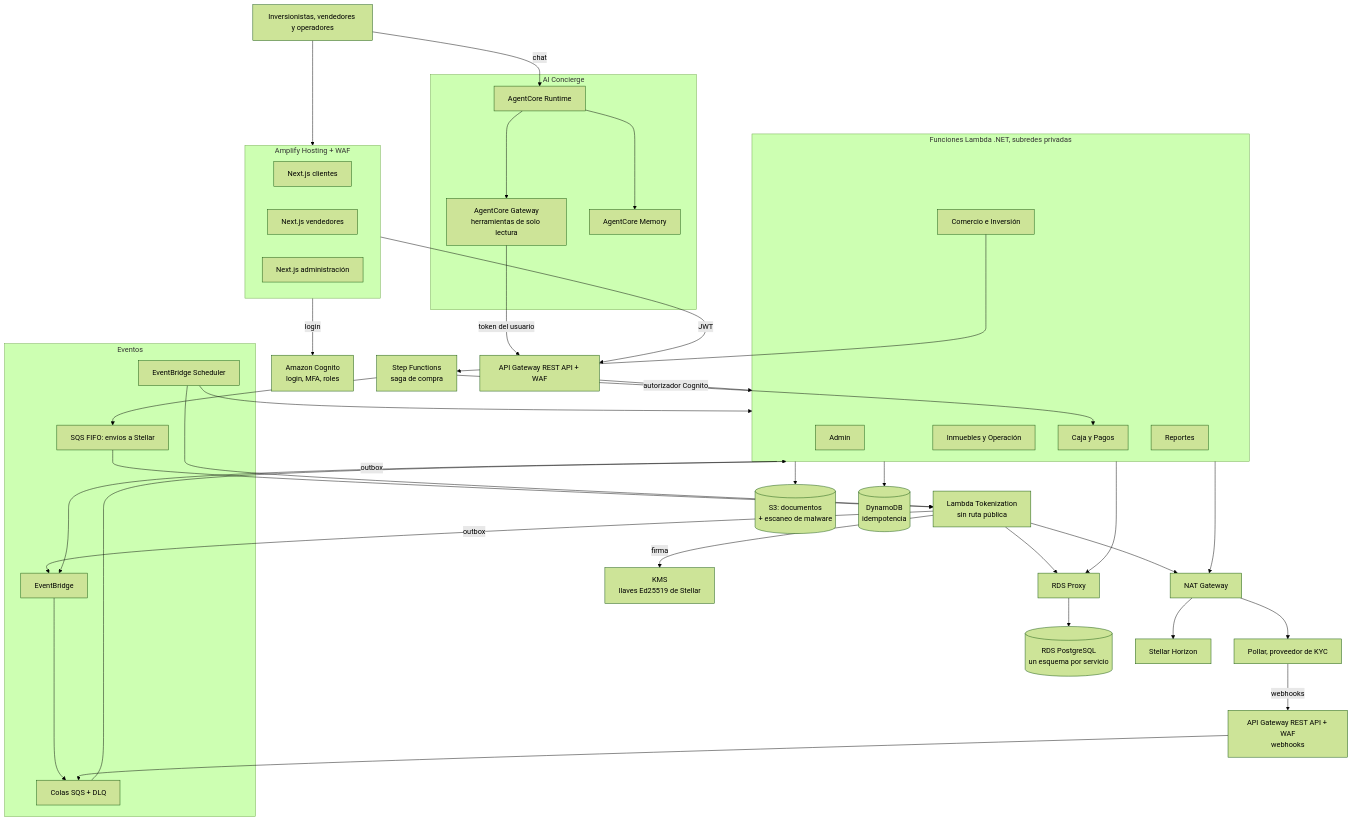
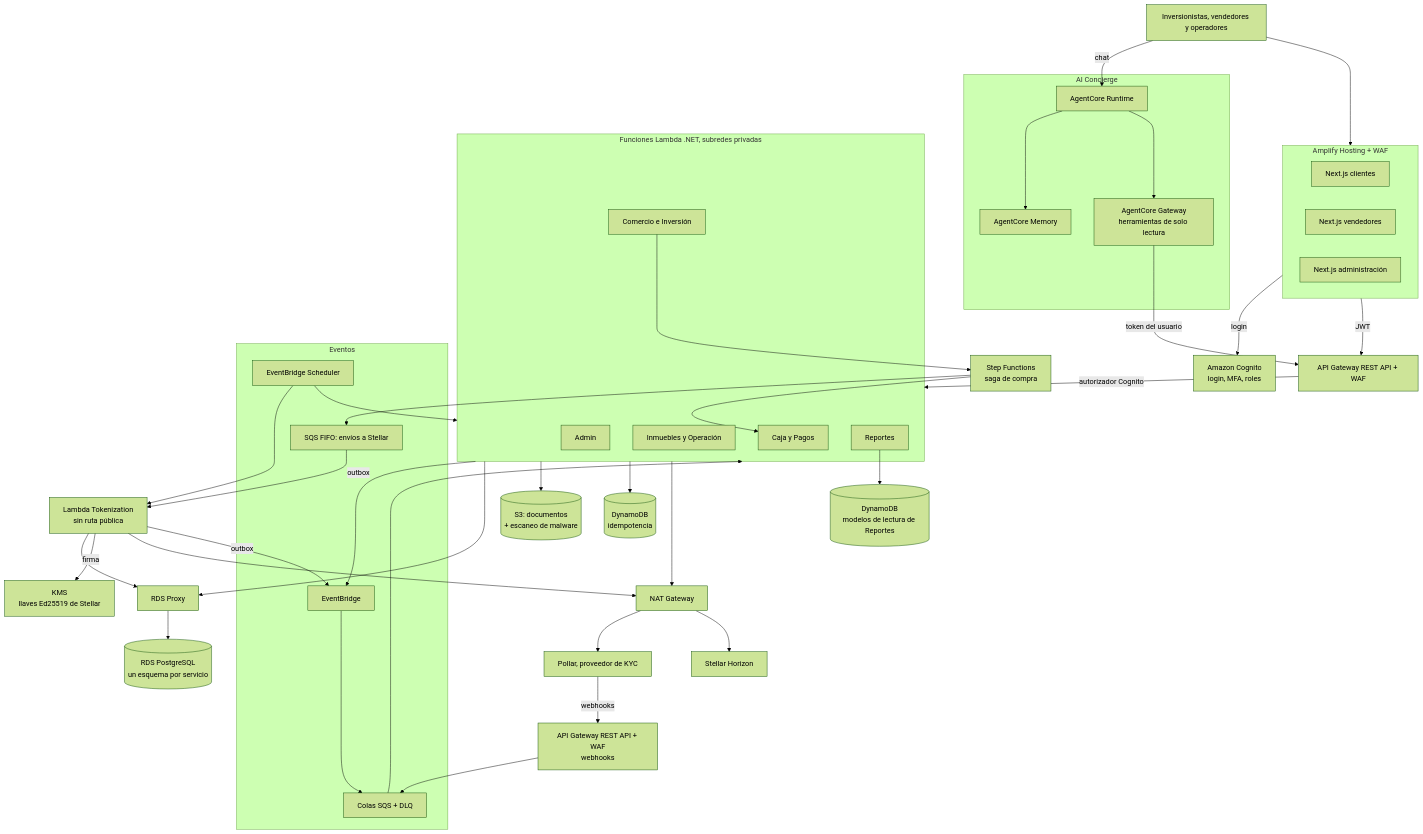
The diagram in docs/arquitectura-del-sistema.md (DiegoOrellanaUS/TokenizacionInmobiliaria), drawn with Mermaid (forest theme) before and after one commit. The commit also changed other lines of this file and 2 other files, not shown here.

Commit message:
Use DynamoDB for Reportes and add AWS architecture diagram

````diff
--- a/docs/arquitectura-del-sistema.md
+++ b/docs/arquitectura-del-sistema.md
@@ -93,74 +99,76 @@
 ```mermaid
 flowchart TB
     U["Inversionistas, vendedores y operadores"]
 
     subgraph FE["Amplify Hosting + WAF"]
         WEB["Next.js clientes"]
         SELL["Next.js vendedores"]
         ADMIN["Next.js administración"]
     end
 
     COG["Amazon Cognito<br/>login, MFA, roles"]
     APIGW["API Gateway REST API + WAF"]
 
     subgraph AI["AI Concierge"]
         ACR["AgentCore Runtime"]
         ACG["AgentCore Gateway<br/>herramientas de solo lectura"]
         ACM["AgentCore Memory"]
     end
 
     subgraph SVC["Funciones Lambda .NET, subredes privadas"]
         L_ADM["Admin"]
         L_INM["Inmuebles y Operación"]
         L_CAJ["Caja y Pagos"]
         L_COM["Comercio e Inversión"]
         L_REP["Reportes"]
     end
 
     SFN["Step Functions<br/>saga de compra"]
     L_TOK["Lambda Tokenization<br/>sin ruta pública"]
     PROXY["RDS Proxy"]
     RDS[("RDS PostgreSQL<br/>un esquema por servicio")]
     S3[("S3: documentos<br/>+ escaneo de malware")]
     DDB[("DynamoDB<br/>idempotencia")]
+    DDBR[("DynamoDB<br/>modelos de lectura de Reportes")]
 
     subgraph EV["Eventos"]
         EB["EventBridge"]
         Q["Colas SQS + DLQ"]
         QF["SQS FIFO: envíos a Stellar"]
         SCH["EventBridge Scheduler"]
     end
 
     KMS["KMS<br/>llaves Ed25519 de Stellar"]
     NAT["NAT Gateway"]
     EXT["Pollar, proveedor de KYC"]
     HZN["Stellar Horizon"]
     WH["API Gateway REST API + WAF<br/>webhooks"]
 
     U --> FE
     FE -- login --> COG
     FE -- JWT --> APIGW
     APIGW -- autorizador Cognito --> SVC
     U -- chat --> ACR
     ACR --> ACM
     ACR --> ACG -- token del usuario --> APIGW
     L_COM --> SFN
     SFN --> L_CAJ
     SFN --> QF --> L_TOK
     SVC -- outbox --> EB
     L_TOK -- outbox --> EB
     EB --> Q --> SVC
     SCH --> SVC
     SCH --> L_TOK
     SVC --> PROXY
     L_TOK --> PROXY
     PROXY --> RDS
     SVC --> S3
     SVC --> DDB
+    L_REP --> DDBR
     L_TOK -- firma --> KMS
     SVC --> NAT
     L_TOK --> NAT
     NAT --> EXT
     NAT --> HZN
     EXT -- webhooks --> WH --> Q
 ```
````
